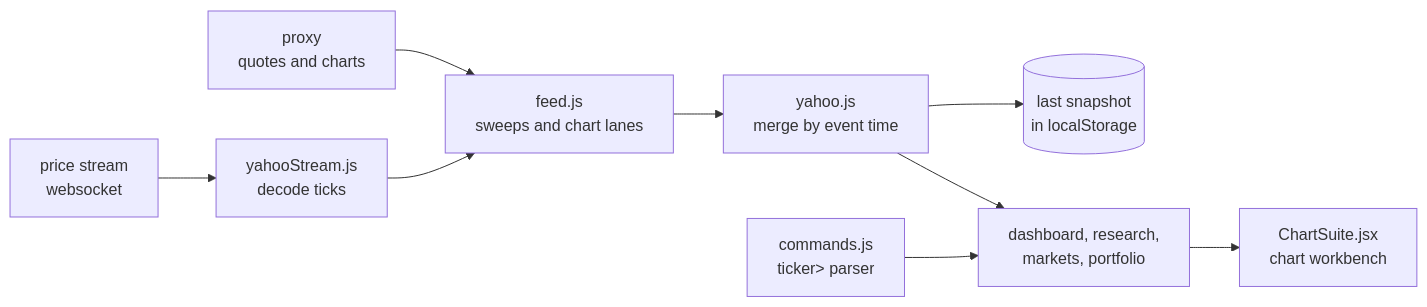
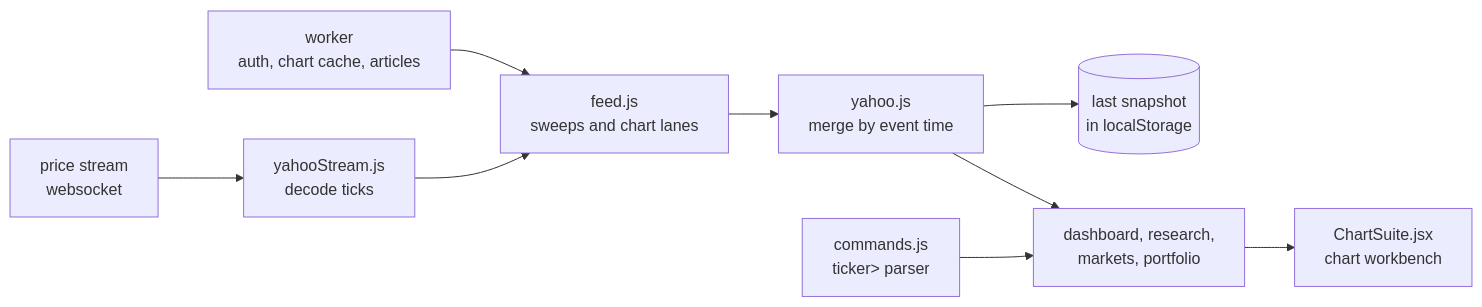
The diagram in README.md (jeffbai996/ticker-tape-web), drawn with Mermaid before and after one commit. The commit also changed other lines of this file, not shown here.

Commit message:
docs: restore the worker, native builds and stack the full app has

````diff
--- a/README.md
+++ b/README.md
@@ -41,11 +41,11 @@
 ```mermaid
 flowchart LR
   ws["price stream<br>websocket"] --> stream["yahooStream.js<br>decode ticks"]
-  proxy["proxy<br>quotes and charts"] --> feed["feed.js<br>sweeps and chart lanes"]
+  worker["worker<br>auth, chart cache, articles"] --> feed["feed.js<br>sweeps and chart lanes"]
   stream --> feed
   feed --> merge["yahoo.js<br>merge by event time"]
   merge --> cache[("last snapshot<br>in localStorage")]
   merge --> views["dashboard, research,<br>markets, portfolio"]
   views --> charts["ChartSuite.jsx<br>chart workbench"]
   cmd["commands.js<br>ticker> parser"] --> views
 ```
````
